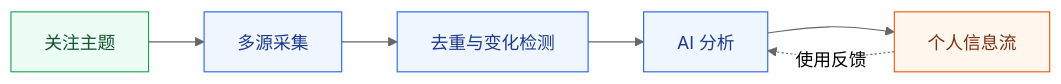
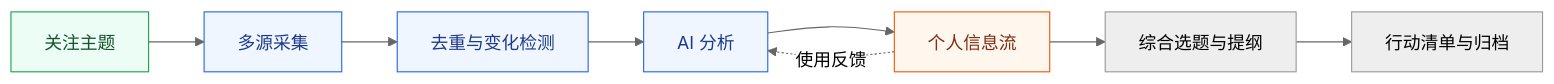
Before and after one commit to koucxz/ai-information-collector: the diagram in README.md, drawn with Mermaid (neutral theme). The commit also changed other lines of this file and 56 other files, not shown here.

````diff
--- a/README.md
+++ b/README.md
@@ -30,15 +33,17 @@
 ```mermaid
 flowchart LR
     A[关注主题] --> B[多源采集]
     B --> C[去重与变化检测]
     C --> D[AI 分析]
     D --> E[个人信息流]
+    E --> F[综合选题与提纲]
+    F --> G[行动清单与归档]
     E -. 使用反馈 .-> D
 
     classDef input fill:#ecfdf5,stroke:#16a34a,color:#14532d;
     classDef process fill:#eff6ff,stroke:#2563eb,color:#1e3a8a;
     classDef output fill:#fff7ed,stroke:#ea580c,color:#7c2d12;
     class A input;
     class B,C,D process;
     class E output;
 ```
````
